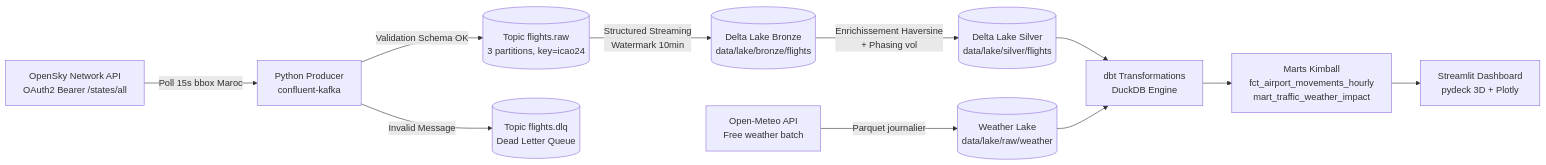
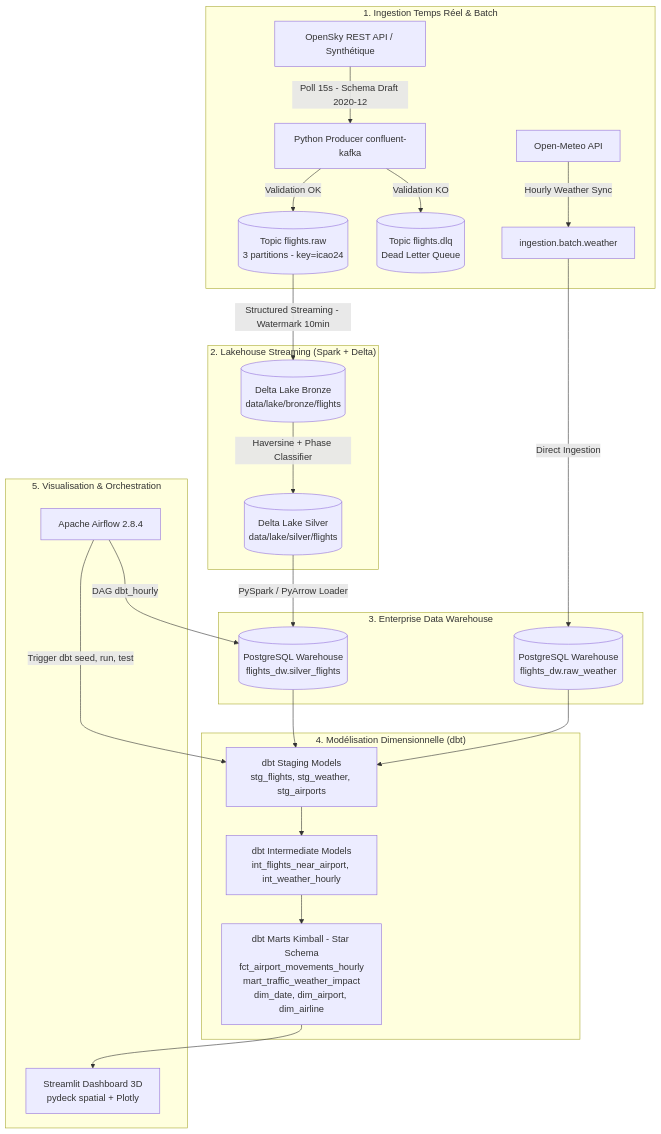
Before and after one commit to elhidaniassmaa/moroccan-air-traffic: the diagram in README.md, drawn with Mermaid. The commit also changed other lines of this file and 26 other files, not shown here.

Commit message:
feat(architecture): migrate from Redpanda to Apache Kafka + ZooKeeper and DuckDB to PostgreSQL DW with Snowflake portability

````diff
--- a/README.md
+++ b/README.md
@@ -27,16 +29,31 @@
 ```mermaid
-flowchart LR
-    A[OpenSky Network API<br>OAuth2 Bearer /states/all] -->|Poll 15s bbox Maroc| B[Python Producer<br>confluent-kafka]
-    B -->|Validation Schema OK| C[(Topic flights.raw<br>3 partitions, key=icao24)]
-    B -->|Invalid Message| D[(Topic flights.dlq<br>Dead Letter Queue)]
-    
-    C -->|Structured Streaming<br>Watermark 10min| E[(Delta Lake Bronze<br>data/lake/bronze/flights)]
-    E -->|Enrichissement Haversine<br>+ Phasing vol| F[(Delta Lake Silver<br>data/lake/silver/flights)]
-    
-    G[Open-Meteo API<br>Free weather batch] -->|Parquet journalier| H[(Weather Lake<br>data/lake/raw/weather)]
-    
-    F & H --> I[dbt Transformations<br>DuckDB Engine]
-    I --> J[Marts Kimball<br>fct_airport_movements_hourly<br>mart_traffic_weather_impact]
-    
-    J --> K[Streamlit Dashboard<br>pydeck 3D + Plotly]
+flowchart TD
+    subgraph Ingestion ["1. Ingestion Temps Réel & Batch"]
+        A[OpenSky REST API / Synthétique] -->|Poll 15s - Schema Draft 2020-12| B[Python Producer confluent-kafka]
+        B -->|Validation OK| C[(Topic flights.raw<br/>3 partitions - key=icao24)]
+        B -->|Validation KO| D[(Topic flights.dlq<br/>Dead Letter Queue)]
+        W[Open-Meteo API] -->|Hourly Weather Sync| WH[ingestion.batch.weather]
+    end
+
+    subgraph Streaming ["2. Lakehouse Streaming (Spark + Delta)"]
+        C -->|Structured Streaming - Watermark 10min| E[(Delta Lake Bronze<br/>data/lake/bronze/flights)]
+        E -->|Haversine + Phase Classifier| F[(Delta Lake Silver<br/>data/lake/silver/flights)]
+    end
+
+    subgraph Warehouse ["3. Enterprise Data Warehouse"]
+        F -->|PySpark / PyArrow Loader| G[(PostgreSQL Warehouse<br/>flights_dw.silver_flights)]
+        WH -->|Direct Ingestion| H[(PostgreSQL Warehouse<br/>flights_dw.raw_weather)]
+    end
+
+    subgraph Transformation ["4. Modélisation Dimensionnelle (dbt)"]
+        G & H --> I[dbt Staging Models<br/>stg_flights, stg_weather, stg_airports]
+        I --> J[dbt Intermediate Models<br/>int_flights_near_airport, int_weather_hourly]
+        J --> K[dbt Marts Kimball - Star Schema<br/>fct_airport_movements_hourly<br/>mart_traffic_weather_impact<br/>dim_date, dim_airport, dim_airline]
+    end
+
+    subgraph Analytics ["5. Visualisation & Orchestration"]
+        K --> L[Streamlit Dashboard 3D<br/>pydeck spatial + Plotly]
+        M[Apache Airflow 2.8.4] -->|DAG dbt_hourly| G
+        M -->|Trigger dbt seed, run, test| I
+    end
 ```
````
